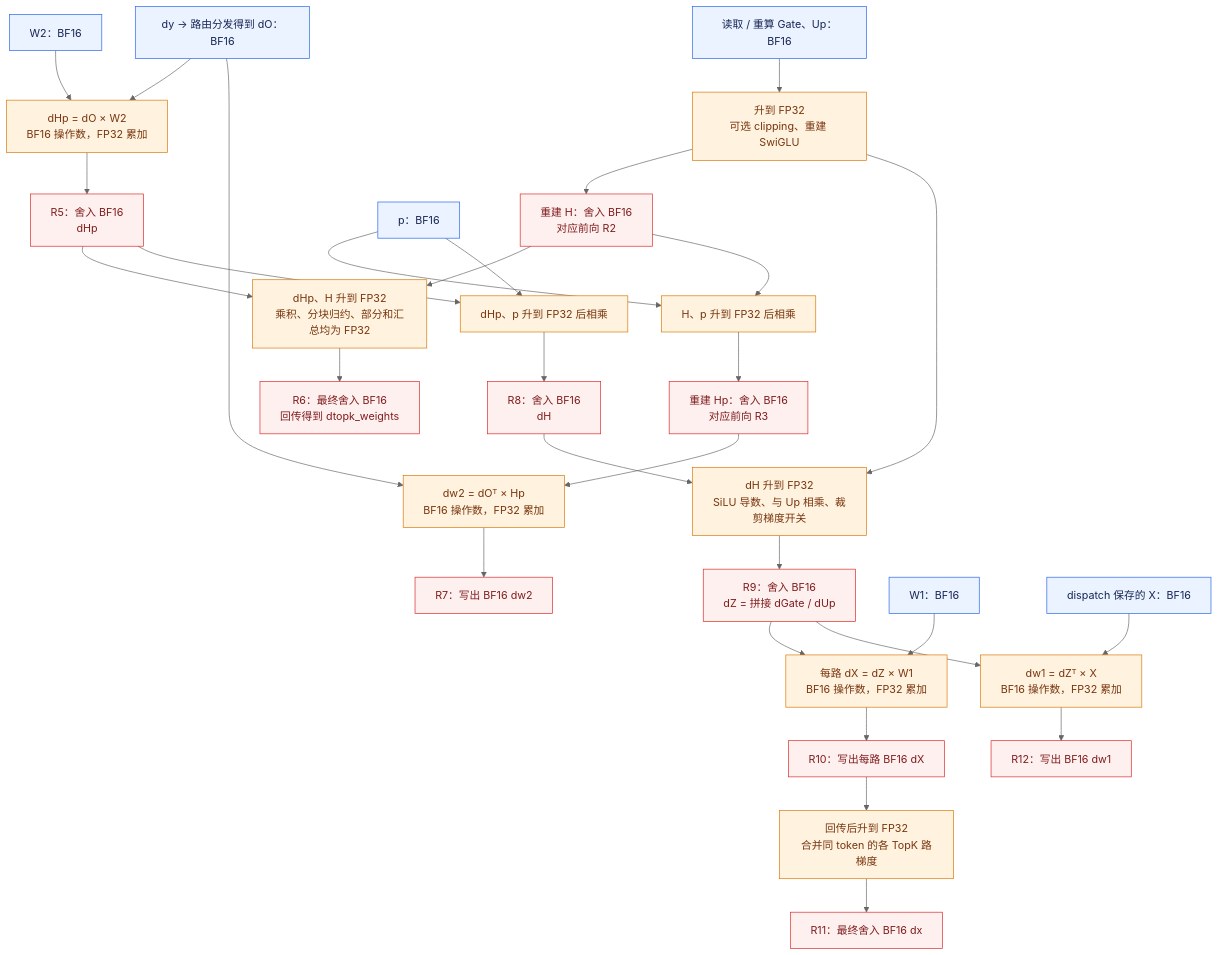
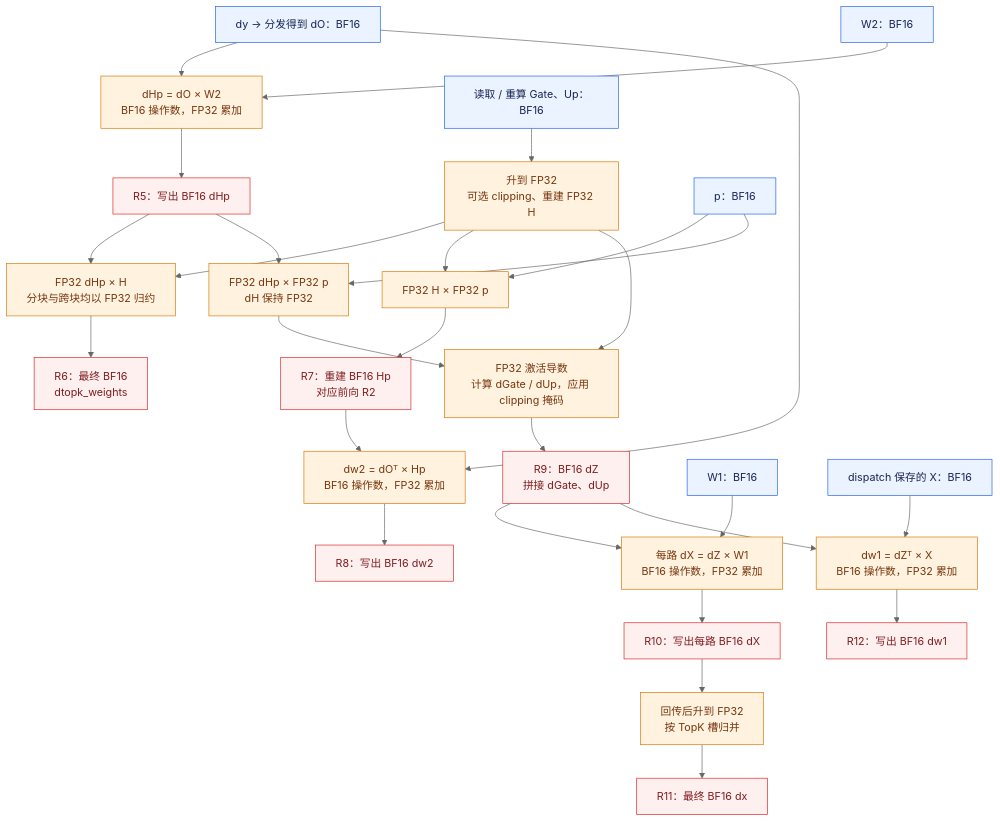
Before and after one commit to Gff0323/DeepEP_xx: the second of 2 diagrams in experiments/megamoe_train/docs/BF16_SWIGLU_NUMERICS.md, drawn with Mermaid (neutral theme). The commit also changed other lines of this file and 71 other files, not shown here.

````diff
--- a/experiments/megamoe_train/docs/BF16_SWIGLU_NUMERICS.md
+++ b/experiments/megamoe_train/docs/BF16_SWIGLU_NUMERICS.md
@@ -52,40 +41,32 @@
 ```mermaid
 flowchart TB
-    DY["dy → 路由分发得到 dO：BF16"]:::bf16 --> DG2["dHp = dO × W2<br/>BF16 操作数，FP32 累加"]:::fp32
-    W2B["W2：BF16"]:::bf16 --> DG2
-    DG2 --> DHPR["R5：舍入 BF16<br/>dHp"]:::rounding
-
-    SAVED["读取 / 重算 Gate、Up：BF16"]:::bf16 --> RECON["升到 FP32<br/>可选 clipping、重建 SwiGLU"]:::fp32
-    RECON --> HR["重建 H：舍入 BF16<br/>对应前向 R2"]:::rounding
-    HR --> DP["dHp、H 升到 FP32<br/>乘积、分块归约、部分和汇总均为 FP32"]:::fp32
+    DY["dy → 分发得到 dO：BF16"]:::bf16 --> DG2["dHp = dO × W2<br/>BF16 操作数，FP32 累加"]:::fp32
+    W2["W2：BF16"]:::bf16 --> DG2
+    DG2 --> DHPR["R5：写出 BF16 dHp"]:::rounding
+    SAVED["读取 / 重算 Gate、Up：BF16"]:::bf16 --> RECON["升到 FP32<br/>可选 clipping、重建 FP32 H"]:::fp32
+    RECON --> DP["FP32 dHp × H<br/>分块与跨块均以 FP32 归约"]:::fp32
     DHPR --> DP
-    DP --> DPR["R6：最终舍入 BF16<br/>回传得到 dtopk_weights"]:::rounding
-
-    HR --> HP["H、p 升到 FP32 后相乘"]:::fp32
+    DP --> DPR["R6：最终 BF16<br/>dtopk_weights"]:::rounding
+    RECON --> HP["FP32 H × FP32 p"]:::fp32
     P["p：BF16"]:::bf16 --> HP
-    HP --> HPR["重建 Hp：舍入 BF16<br/>对应前向 R3"]:::rounding
+    HP --> HPR["R7：重建 BF16 Hp<br/>对应前向 R2"]:::rounding
     HPR --> DW2["dw2 = dOᵀ × Hp<br/>BF16 操作数，FP32 累加"]:::fp32
     DY --> DW2
-    DW2 --> DW2R["R7：写出 BF16 dw2"]:::rounding
-
-    DHPR --> DH["dHp、p 升到 FP32 后相乘"]:::fp32
+    DW2 --> DW2R["R8：写出 BF16 dw2"]:::rounding
+    DHPR --> DH["FP32 dHp × FP32 p<br/>dH 保持 FP32"]:::fp32
     P --> DH
-    DH --> DHR["R8：舍入 BF16<br/>dH"]:::rounding
-    DHR --> DERIV["dH 升到 FP32<br/>SiLU 导数、与 Up 相乘、裁剪梯度开关"]:::fp32
+    DH --> DERIV["FP32 激活导数<br/>计算 dGate / dUp，应用 clipping 掩码"]:::fp32
     RECON --> DERIV
-    DERIV --> DZR["R9：舍入 BF16<br/>dZ = 拼接 dGate / dUp"]:::rounding
-
+    DERIV --> DZR["R9：BF16 dZ<br/>拼接 dGate、dUp"]:::rounding
     DZR --> DXG["每路 dX = dZ × W1<br/>BF16 操作数，FP32 累加"]:::fp32
-    W1B["W1：BF16"]:::bf16 --> DXG
+    W1["W1：BF16"]:::bf16 --> DXG
     DXG --> DXR["R10：写出每路 BF16 dX"]:::rounding
-    DXR --> DXS["回传后升到 FP32<br/>合并同 token 的各 TopK 路梯度"]:::fp32
-    DXS --> DXOUT["R11：最终舍入 BF16 dx"]:::rounding
-
+    DXR --> DXS["回传后升到 FP32<br/>按 TopK 槽归并"]:::fp32
+    DXS --> DXOUT["R11：最终 BF16 dx"]:::rounding
     DZR --> DW1["dw1 = dZᵀ × X<br/>BF16 操作数，FP32 累加"]:::fp32
     XB["dispatch 保存的 X：BF16"]:::bf16 --> DW1
     DW1 --> DW1R["R12：写出 BF16 dw1"]:::rounding
-
     classDef bf16 fill:#eaf3ff,stroke:#2563eb,color:#172554;
     classDef fp32 fill:#fff3df,stroke:#d97706,color:#78350f;
     classDef rounding fill:#fff0f0,stroke:#dc2626,color:#7f1d1d;
 ```
````
